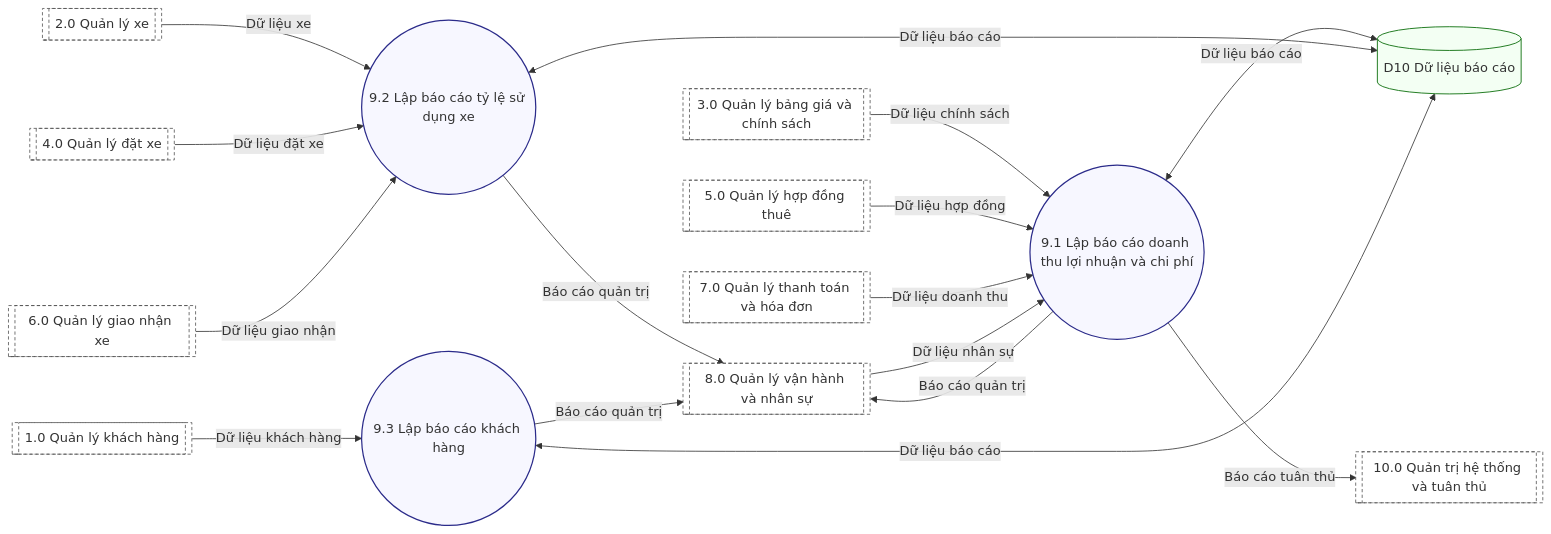
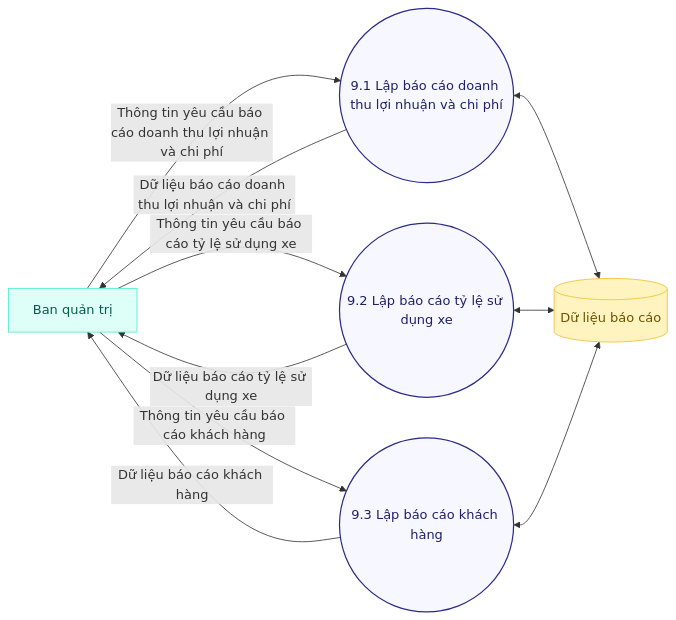
Before and after one commit to TriNguyenThanh/UCar: the diagram in Docs/UML/DFD_9.mmd, drawn with Mermaid. The commit also changed 58 other files, not shown here.

```diff
--- a/Docs/UML/DFD_9.mmd
+++ b/Docs/UML/DFD_9.mmd
@@ -1,39 +1,27 @@
 flowchart LR
-  classDef proc fill:#f7f7ff,stroke:#2b2b8a,stroke-width:1.5px;
-  classDef store fill:#f3fff3,stroke:#1f7a1f,stroke-width:1.2px;
-  classDef internal fill:#fff,stroke:#555,stroke-width:1px,stroke-dasharray: 4 3;
+  classDef ext fill:#DEFFF8,stroke:#46EDC8,stroke-width:1px,color:#0b5b4a;
+  classDef proc fill:#f7f7ff,stroke:#2b2b8a,stroke-width:1.5px,color:#1f1f6b;
+  classDef store fill:#FFF3BF,stroke:#F2C94C,stroke-width:1.2px,color:#6b5200;
 
-  P1i[[1.0 Quản lý khách hàng]]:::internal
-  P2i[[2.0 Quản lý xe]]:::internal
-  P3i[[3.0 Quản lý bảng giá và chính sách]]:::internal
-  P4i[[4.0 Quản lý đặt xe]]:::internal
-  P5i[[5.0 Quản lý hợp đồng thuê]]:::internal
-  P6i[[6.0 Quản lý giao nhận xe]]:::internal
-  P7i[[7.0 Quản lý thanh toán và hóa đơn]]:::internal
-  P8i[[8.0 Quản lý vận hành và nhân sự]]:::internal
-  P10i[[10.0 Quản trị hệ thống và tuân thủ]]:::internal
+  BQT[Ban quản trị]:::ext
 
-  D10[(D10 Dữ liệu báo cáo)]:::store
+
+  D10[(Dữ liệu báo cáo)]:::store
 
   P91((9.1 Lập báo cáo doanh thu lợi nhuận và chi phí)):::proc
   P92((9.2 Lập báo cáo tỷ lệ sử dụng xe)):::proc
   P93((9.3 Lập báo cáo khách hàng)):::proc
 
-  P1i -->|Dữ liệu khách hàng| P93
-  P2i -->|Dữ liệu xe| P92
-  P3i -->|Dữ liệu chính sách| P91
-  P4i -->|Dữ liệu đặt xe| P92
-  P5i -->|Dữ liệu hợp đồng| P91
-  P6i -->|Dữ liệu giao nhận| P92
-  P7i -->|Dữ liệu doanh thu| P91
-  P8i -->|Dữ liệu nhân sự| P91
 
-  P91 <--> |Dữ liệu báo cáo| D10
-  P92 <--> |Dữ liệu báo cáo| D10
-  P93 <--> |Dữ liệu báo cáo| D10
+  P91 <--> D10
+  P92 <--> D10
+  P93 <--> D10
 
-  P91 -->|Báo cáo quản trị| P8i
-  P92 -->|Báo cáo quản trị| P8i
-  P93 -->|Báo cáo quản trị| P8i
+  BQT -->|Thông tin yêu cầu báo cáo doanh thu lợi nhuận và chi phí| P91
+  P91 -->|Dữ liệu báo cáo doanh thu lợi nhuận và chi phí| BQT
 
-  P91 -->|Báo cáo tuân thủ| P10i
+  BQT -->|Thông tin yêu cầu báo cáo tỷ lệ sử dụng xe| P92
+  P92 -->|Dữ liệu báo cáo tỷ lệ sử dụng xe| BQT
+
+  BQT -->|Thông tin yêu cầu báo cáo khách hàng| P93
+  P93 -->|Dữ liệu báo cáo khách hàng| BQT
```
